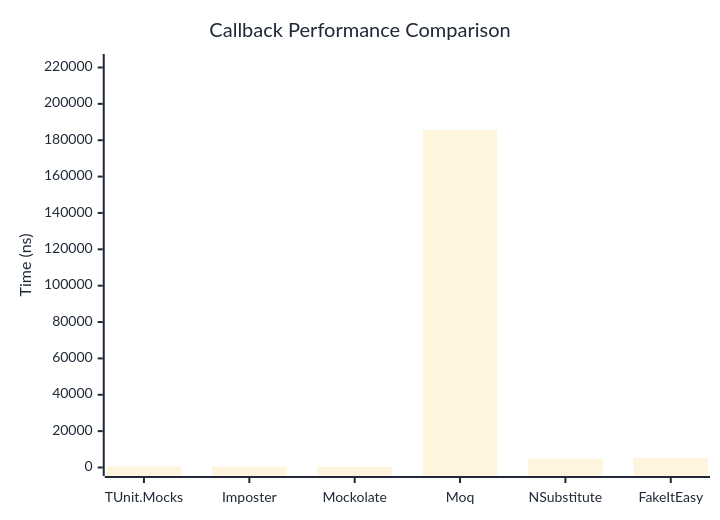
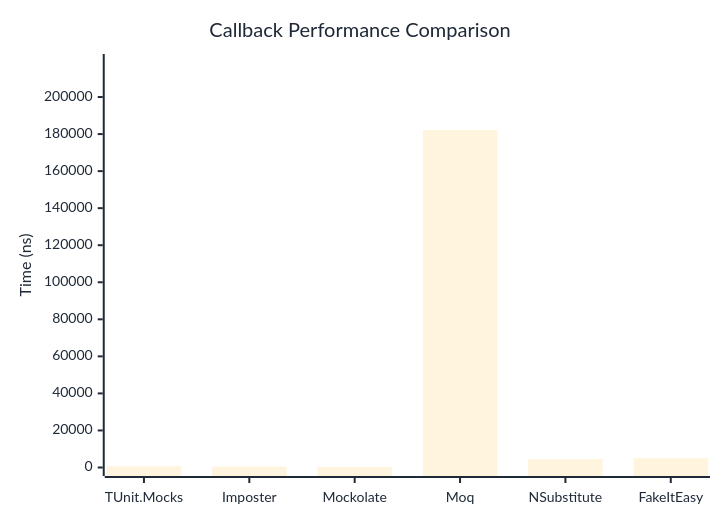
Before and after one commit to thomhurst/TUnit: the first of 2 diagrams in docs/docs/benchmarks/mocks/Callback.md, drawn with Mermaid. The commit also changed other lines of this file and 14 other files, not shown here.

````diff
--- a/docs/docs/benchmarks/mocks/Callback.md
+++ b/docs/docs/benchmarks/mocks/Callback.md
@@ -30,27 +30,27 @@
 ```mermaid
 %%{init: {
   'theme':'base',
   'themeVariables': {
     'primaryColor': '#2563eb',
     'primaryTextColor': '#1f2937',
     'primaryBorderColor': '#1e40af',
     'lineColor': '#6b7280',
     'secondaryColor': '#7c3aed',
     'tertiaryColor': '#dc2626',
     'background': '#ffffff',
     'pie1': '#2563eb',
     'pie2': '#7c3aed',
     'pie3': '#dc2626',
     'pie4': '#f59e0b',
     'pie5': '#10b981',
     'pie6': '#06b6d4',
     'pie7': '#ec4899',
     'pie8': '#6366f1'
   }
 }}%%
 xychart-beta
   title "Callback Performance Comparison"
   x-axis ["TUnit.Mocks", "Imposter", "Mockolate", "Moq", "NSubstitute", "FakeItEasy"]
-  y-axis "Time (ns)" 0 --> 222752
-  bar [639.9, 447.1, 336.6, 185626.5, 4795.3, 5327.4]
+  y-axis "Time (ns)" 0 --> 218644
+  bar [659, 470.1, 347, 182203.3, 4565.6, 5061.6]
 ```
````
